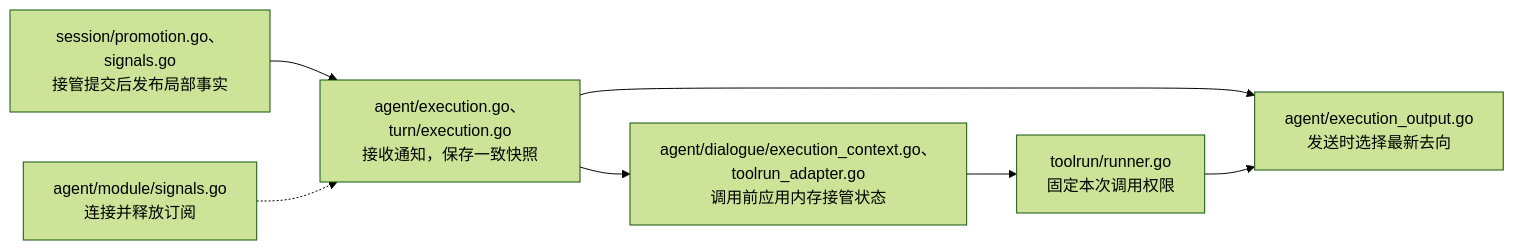
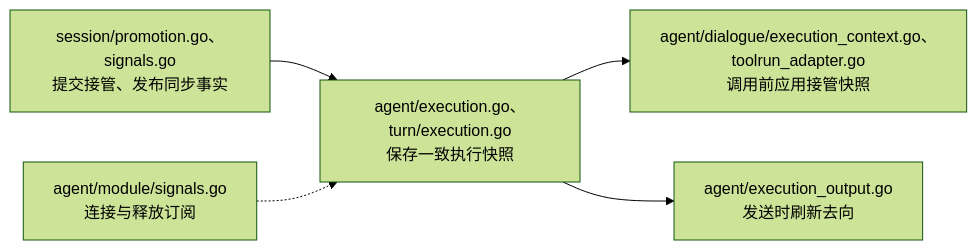
The sixth of 6 diagrams in devdocs/architecture.md (Elflare/elbot), drawn with Mermaid (forest theme) before and after one commit. The commit also changed other lines of this file and 3 other files, not shown here.

````diff
--- a/devdocs/architecture.md
+++ b/devdocs/architecture.md
@@ -494,9 +304,7 @@
 ```mermaid
 flowchart LR
-    S["session/promotion.go、signals.go<br/>接管提交后发布局部事实"] --> E["agent/execution.go、turn/execution.go<br/>接收通知，保存一致快照"]
-    W["agent/module/signals.go<br/>连接并释放订阅"] -.-> E
-    E --> T["agent/dialogue/execution_context.go、toolrun_adapter.go<br/>调用前应用内存接管状态"]
-    T --> R["toolrun/runner.go<br/>固定本次调用权限"]
-    E --> O["agent/execution_output.go<br/>发送时选择最新去向"]
-    R --> O
+    S["session/promotion.go、signals.go<br/>提交接管、发布同步事实"] --> E["agent/execution.go、turn/execution.go<br/>保存一致执行快照"]
+    W["agent/module/signals.go<br/>连接与释放订阅"] -.-> E
+    E --> T["agent/dialogue/execution_context.go、toolrun_adapter.go<br/>调用前应用接管快照"]
+    E --> O["agent/execution_output.go<br/>发送时刷新去向"]
 ```
````
